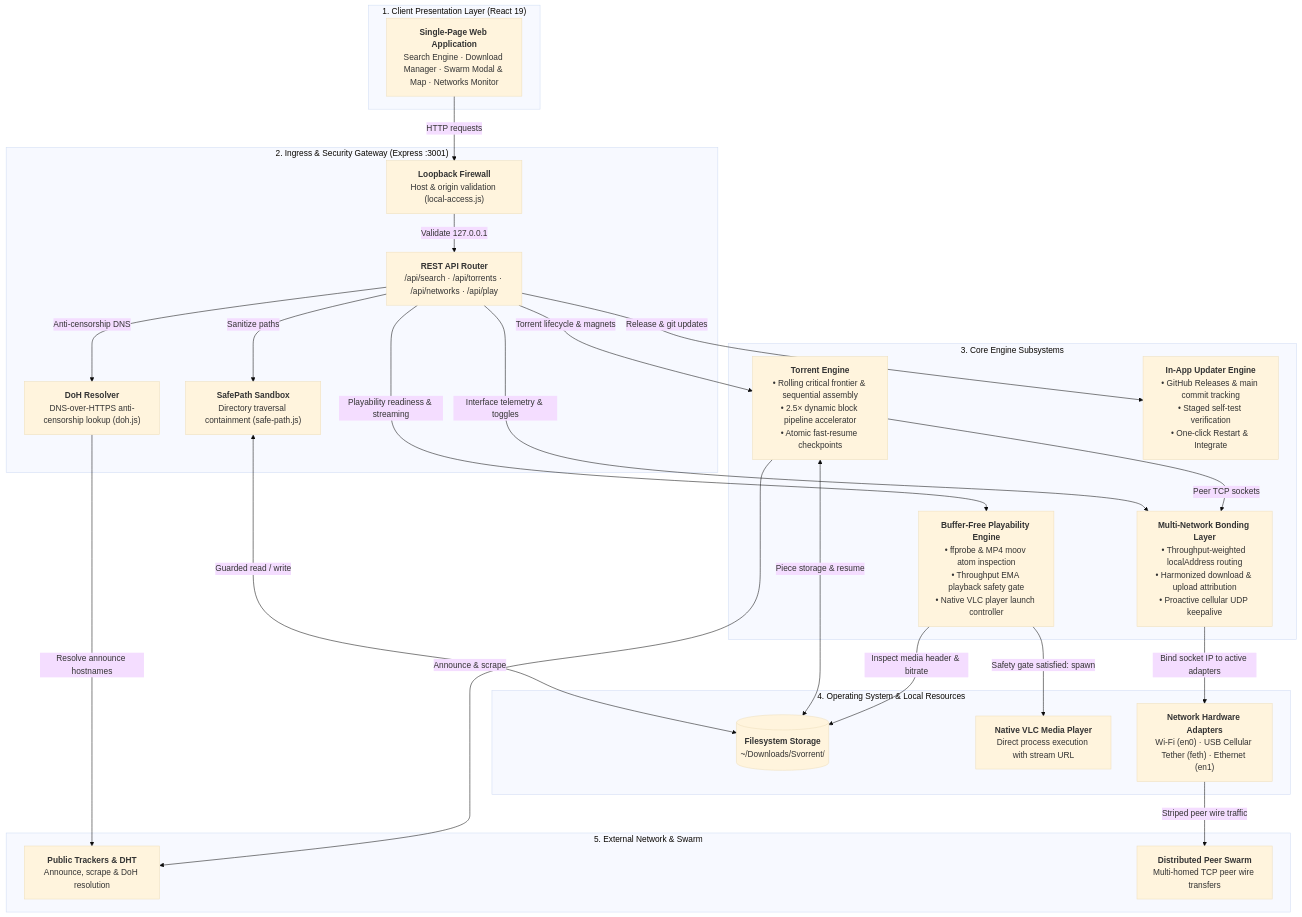
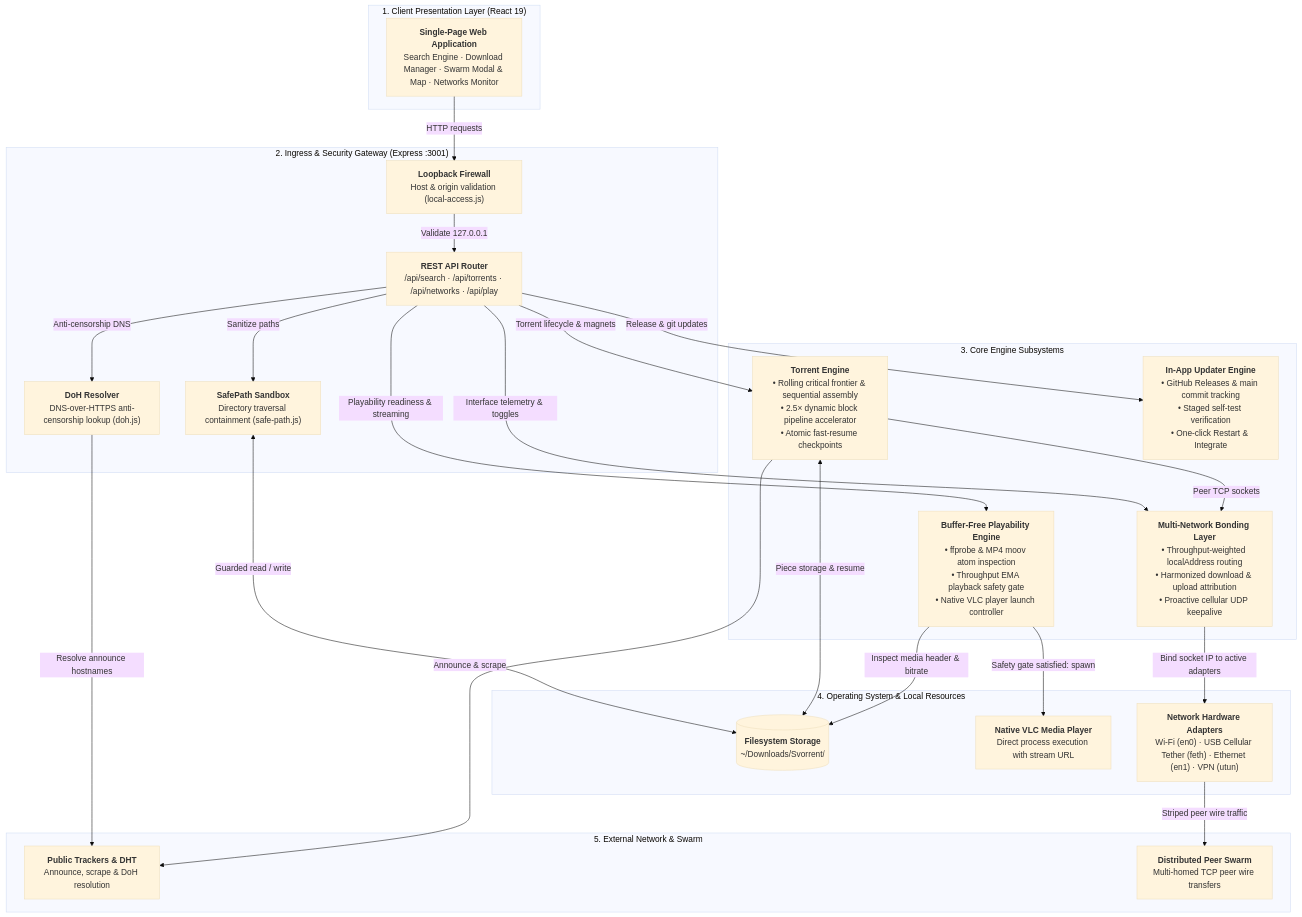
The first of 2 diagrams in README.md (AdhishXD/svorrent), drawn with Mermaid (base theme) before and after one commit. The commit also changed other lines of this file, not shown here.

Commit message:
docs(readme): expand exhaustive architecture and subsystem specifications

````diff
--- a/README.md
+++ b/README.md
@@ -217,57 +229,57 @@
 ```mermaid
 flowchart TD
     subgraph Client["1. Client Presentation Layer (React 19)"]
         UI["<b>Single-Page Web Application</b><br/>Search Engine · Download Manager · Swarm Modal & Map · Networks Monitor"]
     end
 
     subgraph Gateway["2. Ingress & Security Gateway (Express :3001)"]
         Firewall["<b>Loopback Firewall</b><br/>Host & origin validation (local-access.js)"]
         API["<b>REST API Router</b><br/>/api/search · /api/torrents · /api/networks · /api/play"]
         SafePath["<b>SafePath Sandbox</b><br/>Directory traversal containment (safe-path.js)"]
         DoH["<b>DoH Resolver</b><br/>DNS-over-HTTPS anti-censorship lookup (doh.js)"]
 
         Firewall -->|Validate 127.0.0.1| API
         API -->|Sanitize paths| SafePath
         API -->|Anti-censorship DNS| DoH
     end
 
     subgraph Core["3. Core Engine Subsystems"]
         WT["<b>Torrent Engine</b><br/>• Rolling critical frontier & sequential assembly<br/>• 2.5× dynamic block pipeline accelerator<br/>• Atomic fast-resume checkpoints"]
         Play["<b>Buffer-Free Playability Engine</b><br/>• ffprobe & MP4 moov atom inspection<br/>• Throughput EMA playback safety gate<br/>• Native VLC player launch controller"]
         Bond["<b>Multi-Network Bonding Layer</b><br/>• Throughput-weighted localAddress routing<br/>• Harmonized download & upload attribution<br/>• Proactive cellular UDP keepalive"]
         Updater["<b>In-App Updater Engine</b><br/>• GitHub Releases & main commit tracking<br/>• Staged self-test verification<br/>• One-click Restart & Integrate"]
     end
 
     subgraph OS["4. Operating System & Local Resources"]
         Disk[("<b>Filesystem Storage</b><br/>~/Downloads/Svorrent/")]
         VLC["<b>Native VLC Media Player</b><br/>Direct process execution with stream URL"]
-        Nets["<b>Network Hardware Adapters</b><br/>Wi-Fi (en0) · USB Cellular Tether (feth) · Ethernet (en1)"]
+        Nets["<b>Network Hardware Adapters</b><br/>Wi-Fi (en0) · USB Cellular Tether (feth) · Ethernet (en1) · VPN (utun)"]
     end
 
     subgraph External["5. External Network & Swarm"]
         Trackers["<b>Public Trackers & DHT</b><br/>Announce, scrape & DoH resolution"]
         Peers["<b>Distributed Peer Swarm</b><br/>Multi-homed TCP peer wire transfers"]
     end
 
     %% Inbound flow
     UI -->|HTTP requests| Firewall
 
     %% Gateway dispatches to engines
     API -->|Torrent lifecycle & magnets| WT
     API -->|Playability readiness & streaming| Play
     API -->|Interface telemetry & toggles| Bond
     API -->|Release & git updates| Updater
 
     %% Engines interactions with local resources
     SafePath <-->|Guarded read / write| Disk
     WT <-->|Piece storage & resume| Disk
     Play -->|Inspect media header & bitrate| Disk
     Play -->|Safety gate satisfied: spawn| VLC
     WT -->|Peer TCP sockets| Bond
     Bond -->|Bind socket IP to active adapters| Nets
 
     %% External connectivity
     DoH -->|Resolve announce hostnames| Trackers
     WT -->|Announce & scrape| Trackers
     Nets -->|Striped peer wire traffic| Peers
 ```
````
